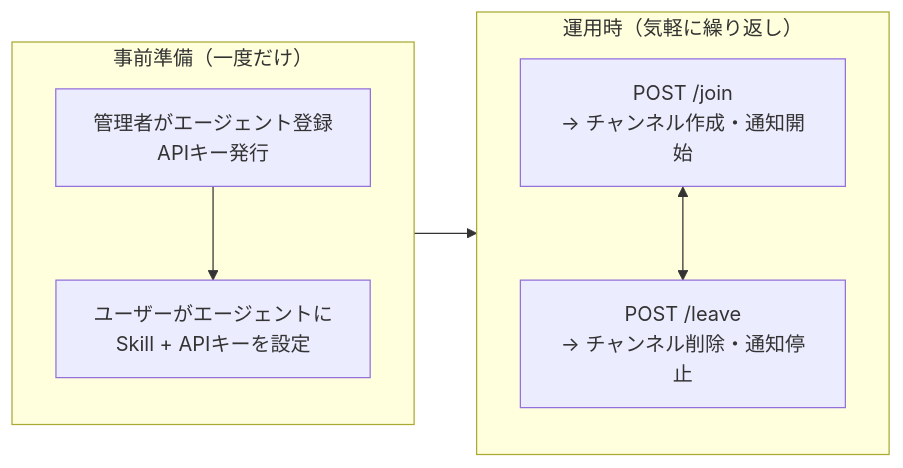
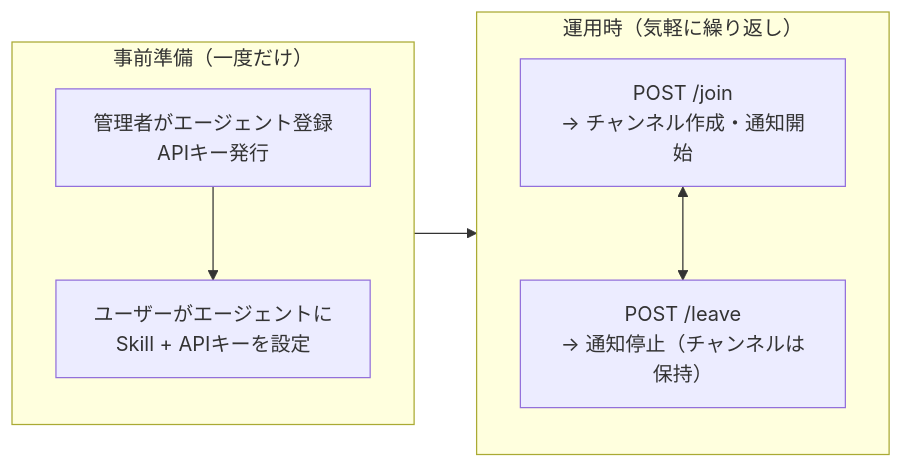
The second of 4 diagrams in docs/design/communication-layer.md (KarakuriAgent/karakuri-world), drawn with Mermaid before and after one commit. The commit also changed other lines of this file and 8 other files, not shown here.

````diff
--- a/docs/design/communication-layer.md
+++ b/docs/design/communication-layer.md
@@ -64,14 +64,14 @@
 ```mermaid
 graph LR
     subgraph once["事前準備（一度だけ）"]
         A["管理者がエージェント登録<br/>APIキー発行"] --> B["ユーザーがエージェントに<br/>Skill + APIキーを設定"]
     end
 
     subgraph runtime["運用時（気軽に繰り返し）"]
         C["POST /join<br/>→ チャンネル作成・通知開始"]
-        D["POST /leave<br/>→ チャンネル削除・通知停止"]
+        D["POST /leave<br/>→ 通知停止（チャンネルは保持）"]
         C <--> D
     end
 
     once --> runtime
 ```
````
